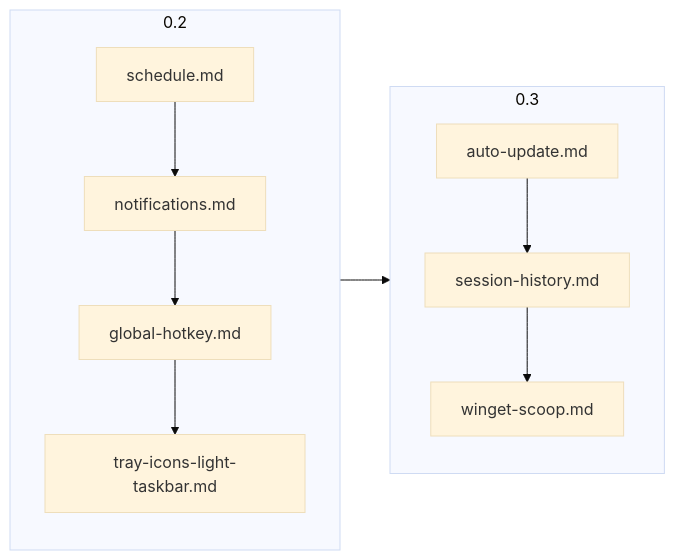
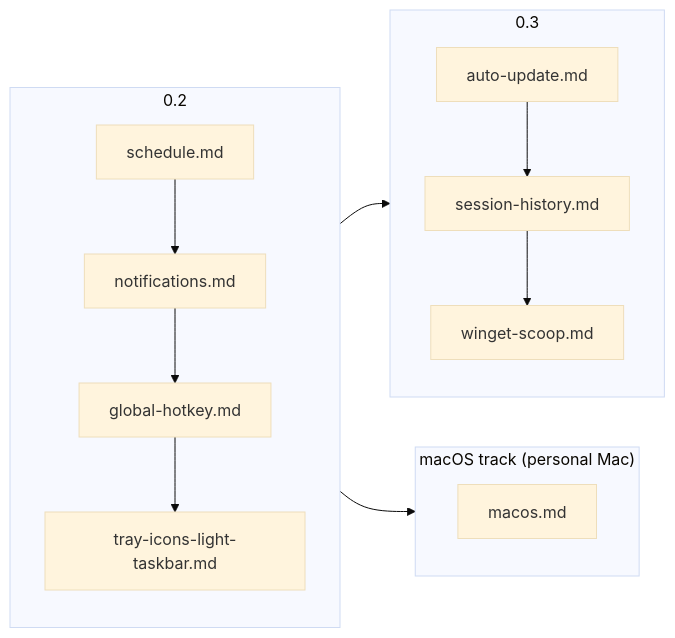
The diagram in docs/specs/README.md (ax5hay/KeepMeAwake), drawn with Mermaid (base theme) before and after one commit. The commit also changed other lines of this file and 3 other files, not shown here.

````diff
--- a/docs/specs/README.md
+++ b/docs/specs/README.md
@@ -7,12 +7,17 @@
 ```mermaid
 flowchart LR
     subgraph v02["0.2"]
         direction TB
         s["schedule.md"] --> n["notifications.md"] --> h["global-hotkey.md"] --> t["tray-icons-light-taskbar.md"]
     end
     subgraph v03["0.3"]
         direction TB
         u["auto-update.md"] --> hi["session-history.md"] --> w["winget-scoop.md"]
     end
+    subgraph mac["macOS track (personal Mac)"]
+        direction TB
+        m["macos.md"]
+    end
     v02 --> v03
+    v02 --> mac
 ```
````
